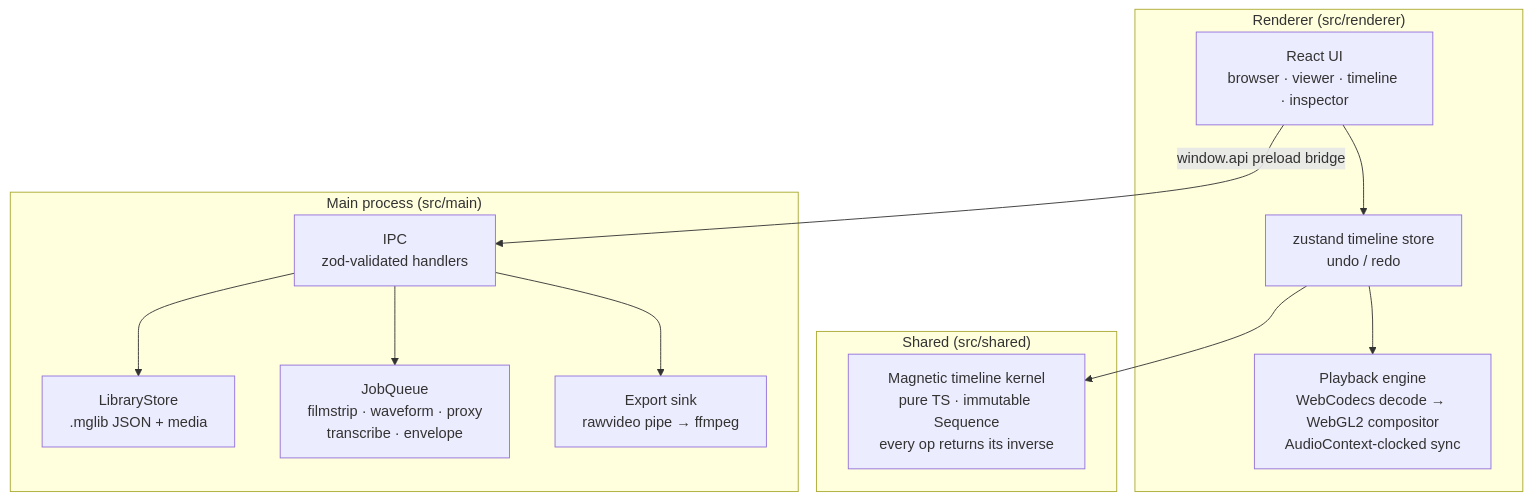
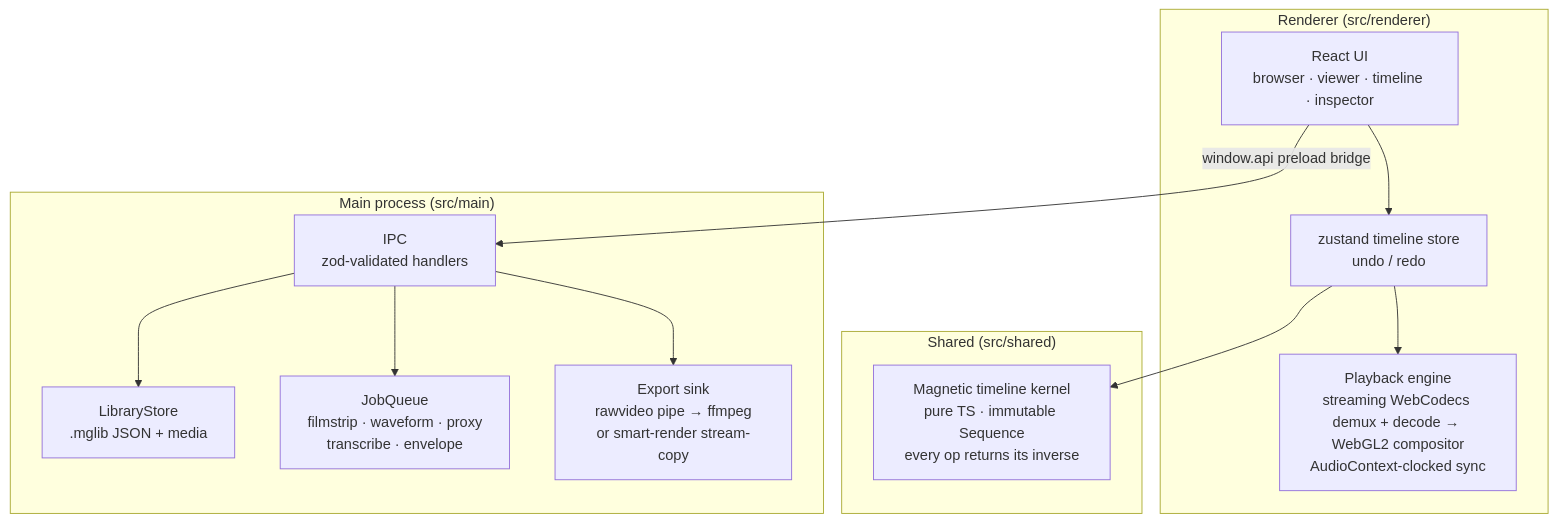
Before and after one commit to ucsandman/Magnetic: the diagram in README.md, drawn with Mermaid. The commit also changed other lines of this file and 2 other files, not shown here.

````diff
--- a/README.md
+++ b/README.md
@@ -127,24 +153,24 @@
 ```mermaid
 flowchart TB
     subgraph rendererBox["Renderer (src/renderer)"]
         ui["React UI<br/>browser · viewer · timeline · inspector"]
         store["zustand timeline store<br/>undo / redo"]
-        engine["Playback engine<br/>WebCodecs decode → WebGL2 compositor<br/>AudioContext-clocked sync"]
+        engine["Playback engine<br/>streaming WebCodecs demux + decode → WebGL2 compositor<br/>AudioContext-clocked sync"]
     end
     subgraph sharedBox["Shared (src/shared)"]
         kernel["Magnetic timeline kernel<br/>pure TS · immutable Sequence<br/>every op returns its inverse"]
     end
     subgraph mainBox["Main process (src/main)"]
         ipc["IPC<br/>zod-validated handlers"]
         lib["LibraryStore<br/>.mglib JSON + media"]
         jobs["JobQueue<br/>filmstrip · waveform · proxy<br/>transcribe · envelope"]
-        exp["Export sink<br/>rawvideo pipe → ffmpeg"]
+        exp["Export sink<br/>rawvideo pipe → ffmpeg<br/>or smart-render stream-copy"]
     end
     ui --> store
     store --> kernel
     store --> engine
     ui -->|window.api preload bridge| ipc
     ipc --> lib
     ipc --> jobs
     ipc --> exp
 ```
````
